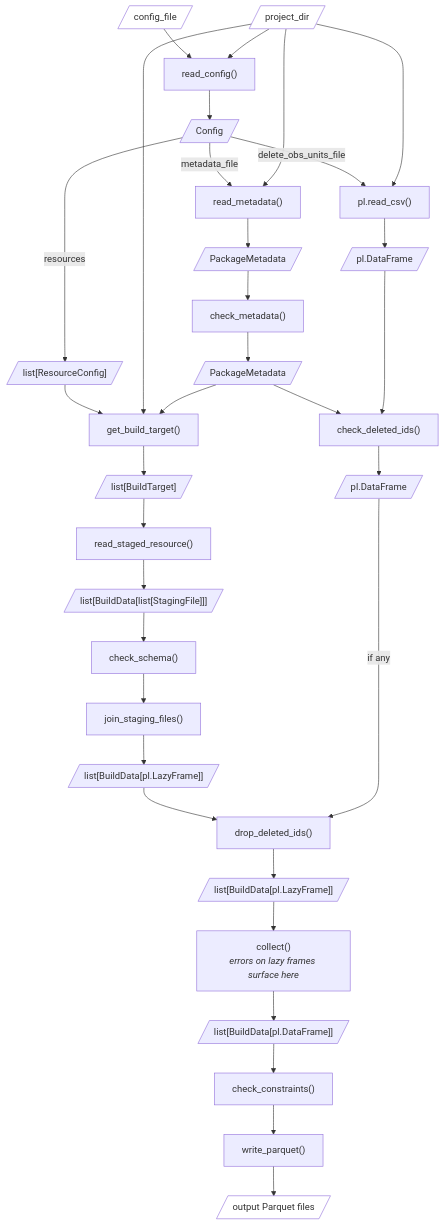
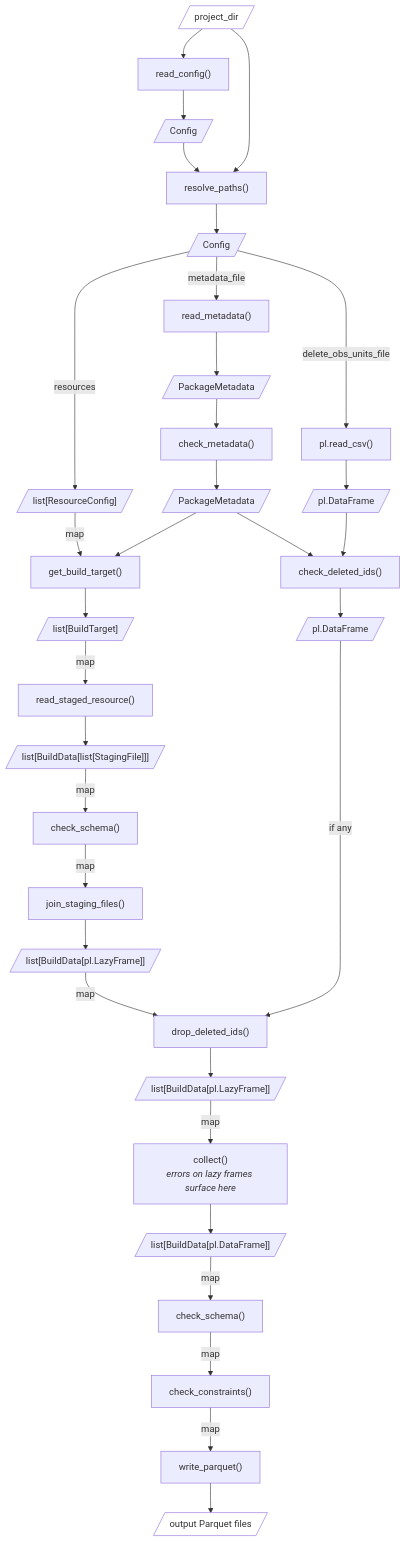
One commit to seedcase-project/seedcase-sprout changed the third of 3 diagrams in docs/design/interface/python.qmd. Above: the diagram before and after it, drawn with Mermaid.

Commit message:
docs: 📝 update diagram

````diff
--- a/docs/design/interface/python.qmd
+++ b/docs/design/interface/python.qmd
@@ -120,45 +120,45 @@
 ```{mermaid}
 %%| label: fig-build-resources-internal-flow
 %%| fig-cap: >-
 %%|   The internal flow of functions and objects in the `build-resources` CLI
 %%|   command.
 %%| fig-alt: >-
 %%|   Diagram of the internal flow of functions and objects in the
 %%|   `build-resources` CLI command.
 
 flowchart TD
     %% Config and metadata
-    config_file[/"config_file"/]:::io --> read_config["read_config()"] --> Config[/"Config"/]
     project_dir[/"project_dir"/]:::io --> read_config
-    Config -->|metadata_file| read_metadata["read_metadata()"] --> metadata[/"PackageMetadata"/]
-    project_dir --> read_metadata
+    read_config["read_config()"] --> Config[/"Config"/]
+    Config --> resolve_paths["resolve_paths()"] --> config_resolved[/"Config"/]
+    project_dir --> resolve_paths
+    config_resolved -->|metadata_file| read_metadata["read_metadata()"] --> metadata[/"PackageMetadata"/]
     metadata --> check_metadata["check_metadata()"] --> metadata_checked[/"PackageMetadata"/]
 
     %% Deleted IDs
-    Config -->|delete_obs_units_file| read_csv["pl.read_csv()"] --> deleted_ids[/"pl.DataFrame"/]
-    project_dir --> read_csv
+    config_resolved -->|delete_obs_units_file| read_csv["pl.read_csv()"] --> deleted_ids[/"pl.DataFrame"/]
     metadata_checked --> check_deleted_ids["check_deleted_ids()"] --> deleted_ids_checked[/"pl.DataFrame"/]
     deleted_ids --> check_deleted_ids
 
     %% Resources: each step runs over the whole list
-    Config -->|resources| resource_configs[/"list[ResourceConfig]"/]
-    resource_configs --> get_build_target["get_build_target()"] --> build_targets[/"list[BuildTarget]"/]
-    project_dir --> get_build_target
+    config_resolved -->|resources| resource_configs[/"list[ResourceConfig]"/]
+    resource_configs -->|map| get_build_target["get_build_target()"] --> build_targets[/"list[BuildTarget]"/]
     metadata_checked --> get_build_target
 
-    build_targets --> read_staged_resource["read_staged_resource()"] --> staged[/"list[BuildData[list[StagingFile]]]"/]
-    staged --> check_schema["check_schema()"]
-    check_schema --> join_staging_files["join_staging_files()"]
+    build_targets -->|map| read_staged_resource["read_staged_resource()"] --> staged[/"list[BuildData[list[StagingFile]]]"/]
+    staged -->|map| check_schema["check_schema()"]
+    check_schema -->|map| join_staging_files["join_staging_files()"]
     join_staging_files --> joined[/"list[BuildData[pl.LazyFrame]]"/]
 
-    joined --> drop_deleted_ids["drop_deleted_ids()"] --> joined_after_delete[/"list[BuildData[pl.LazyFrame]]"/]
+    joined -->|map| drop_deleted_ids["drop_deleted_ids()"] --> joined_after_delete[/"list[BuildData[pl.LazyFrame]]"/]
     deleted_ids_checked -->|"if any"| drop_deleted_ids
-    joined_after_delete --> collect["collect()<br><i>errors on lazy frames surface here</i>"]
+    joined_after_delete -->|map| collect["collect()<br><i>errors on lazy frames surface here</i>"]
 
     collect --> collected[/"list[BuildData[pl.DataFrame]]"/]
-    collected --> check_constraints["check_constraints()"]
-    check_constraints --> write_parquet["write_parquet()"]
+    collected -->|map| check_schema_joined["check_schema()"]
+    check_schema_joined -->|map| check_constraints["check_constraints()"]
+    check_constraints -->|map| write_parquet["write_parquet()"]
     write_parquet --> outputs[/"output Parquet files"/]:::io
 
     classDef io fill:#FFF
 ```
````
